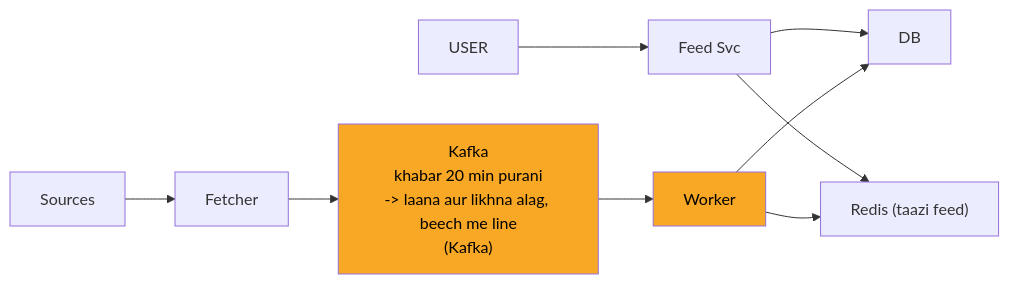
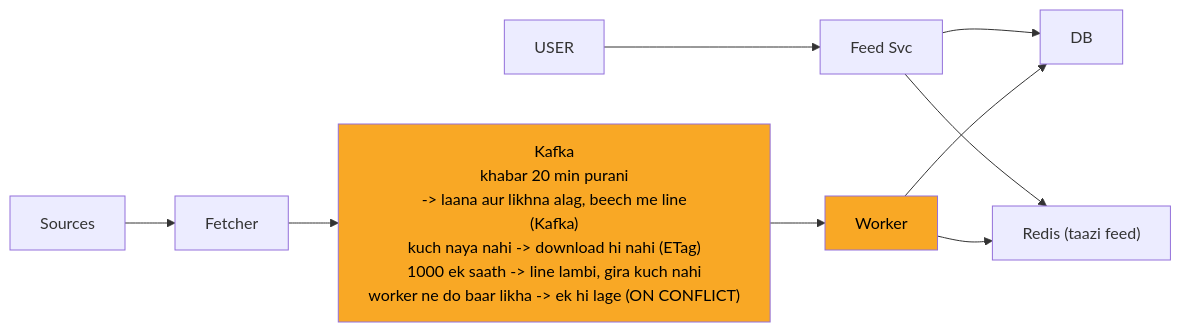
The third of 11 diagrams in 04_HLD/SYSTEM_DESIGNS/08_news_aggregator/08_news_aggregator_INTERVIEW.md (ArpanMaheshwari144/Prep), drawn with Mermaid before and after one commit. The commit also changed other lines of this file and 12 other files, not shown here.

Commit message:
hld 02-14: peele dabbe me SAFAR ke mod + diagram chauda (wrappingWidth 450)

````diff
--- a/04_HLD/SYSTEM_DESIGNS/08_news_aggregator/08_news_aggregator_INTERVIEW.md
+++ b/04_HLD/SYSTEM_DESIGNS/08_news_aggregator/08_news_aggregator_INTERVIEW.md
@@ -116,21 +118,22 @@
 ```mermaid
+%%{init: {"flowchart": {"wrappingWidth": 450}}}%%
 flowchart LR
     n_USER["USER"]
     n_Feed_Svc["Feed Svc"]
     n_Redis["Redis (taazi feed)"]
     n_DB["DB"]
     n_Worker["Worker"]
-    n_Kafka["Kafka<br/>khabar 20 min purani<br/>-> laana aur likhna alag, beech me line<br/>(Kafka)"]
+    n_Kafka["Kafka<br/>khabar 20 min purani<br/>-> laana aur likhna alag, beech me line<br/>(Kafka)<br/>kuch naya nahi -> download hi nahi (ETag)<br/>1000 ek saath -> line lambi, gira kuch nahi<br/>worker ne do baar likha -> ek hi lage (ON CONFLICT)"]
     n_Fetcher["Fetcher"]
     n_Sources["Sources"]
     n_USER --> n_Feed_Svc
     n_Feed_Svc --> n_Redis
     n_Feed_Svc --> n_DB
     n_Worker --> n_DB
     n_Worker --> n_Redis
     n_Kafka --> n_Worker
     n_Fetcher --> n_Kafka
     n_Sources --> n_Fetcher
     style n_Kafka fill:#f9a825,color:#000
     style n_Worker fill:#f9a825,color:#000
 ```
````
